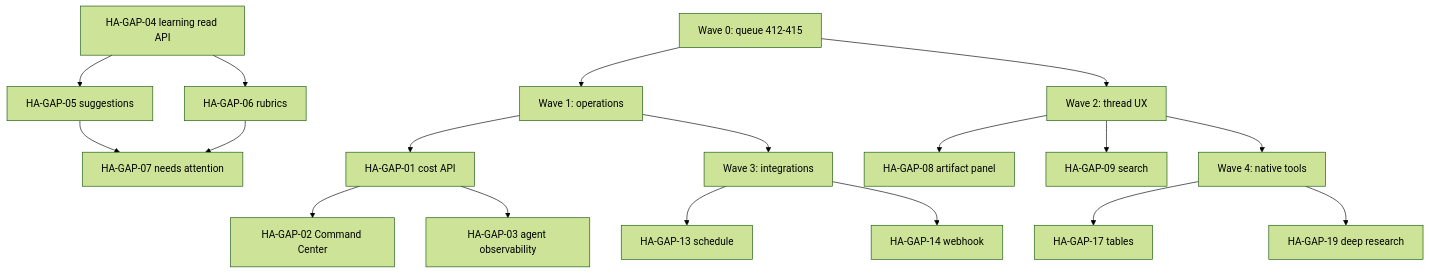
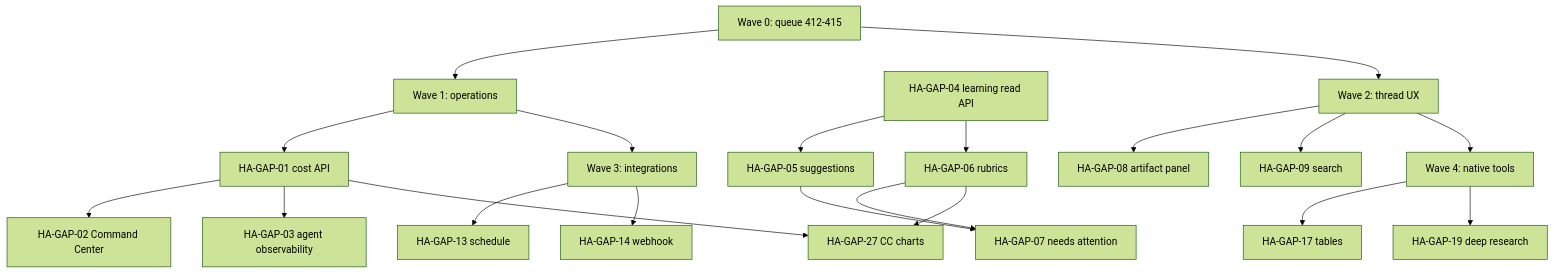
One commit to gannonh/agentis changed the second of 2 diagrams in docs/roadmap/hyperagent-gap-roadmap.md. Above: the diagram before and after it, drawn with Mermaid (forest theme). The commit also changed other lines of this file and 13 other files, not shown here.

````diff
--- a/docs/roadmap/hyperagent-gap-roadmap.md
+++ b/docs/roadmap/hyperagent-gap-roadmap.md
@@ -727,20 +755,22 @@
 ```mermaid
 flowchart TD
   W0[Wave 0: queue 412-415] --> W1[Wave 1: operations]
   W1 --> G01[HA-GAP-01 cost API]
   G01 --> G02[HA-GAP-02 Command Center]
   G01 --> G03[HA-GAP-03 agent observability]
   G04[HA-GAP-04 learning read API] --> G05[HA-GAP-05 suggestions]
   G04 --> G06[HA-GAP-06 rubrics]
   G05 --> G07[HA-GAP-07 needs attention]
   G06 --> G07
+  G01 --> G27[HA-GAP-27 CC charts]
+  G06 --> G27
   W0 --> W2[Wave 2: thread UX]
   W2 --> G08[HA-GAP-08 artifact panel]
   W2 --> G09[HA-GAP-09 search]
   W1 --> W3[Wave 3: integrations]
   W3 --> G13[HA-GAP-13 schedule]
   W3 --> G14[HA-GAP-14 webhook]
   W2 --> W4[Wave 4: native tools]
   W4 --> G17[HA-GAP-17 tables]
   W4 --> G19[HA-GAP-19 deep research]
 ```
````
